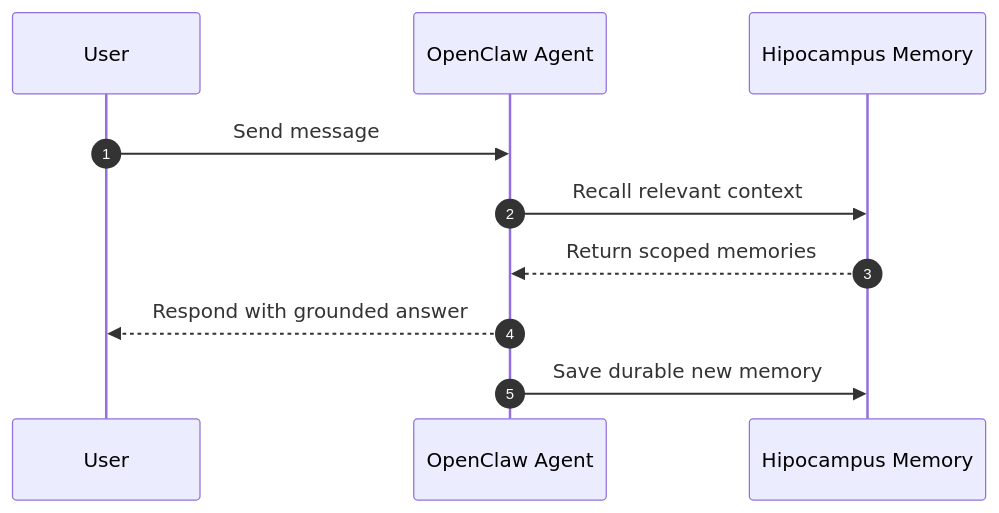
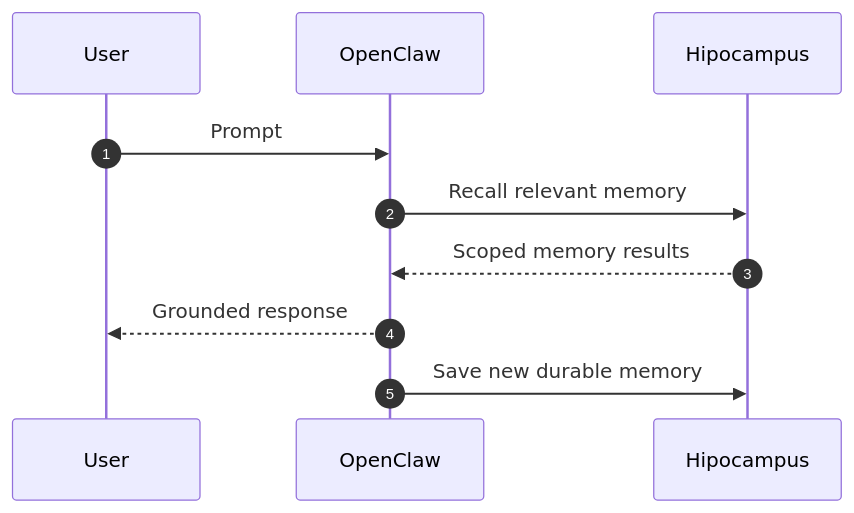
Before and after one commit to hipocampus-ai/openclaw-hipocampus: the first of 2 diagrams in README.md, drawn with Mermaid. The commit also changed other lines of this file, not shown here.

Commit message:
docs(readme): redesign with prompt-first examples and sequence diagrams

````diff
--- a/README.md
+++ b/README.md
@@ -25,13 +22,13 @@
 ```mermaid
 sequenceDiagram
   autonumber
   participant U as User
-  participant O as OpenClaw Agent
-  participant H as Hipocampus Memory
+  participant O as OpenClaw
+  participant H as Hipocampus
 
-  U->>O: Send message
-  O->>H: Recall relevant context
-  H-->>O: Return scoped memories
-  O-->>U: Respond with grounded answer
-  O->>H: Save durable new memory
+  U->>O: Prompt
+  O->>H: Recall relevant memory
+  H-->>O: Scoped memory results
+  O-->>U: Grounded response
+  O->>H: Save new durable memory
 ```
````
